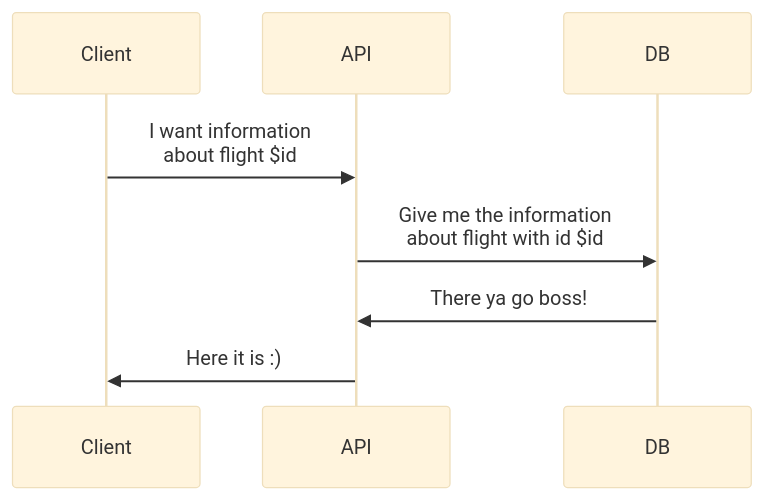
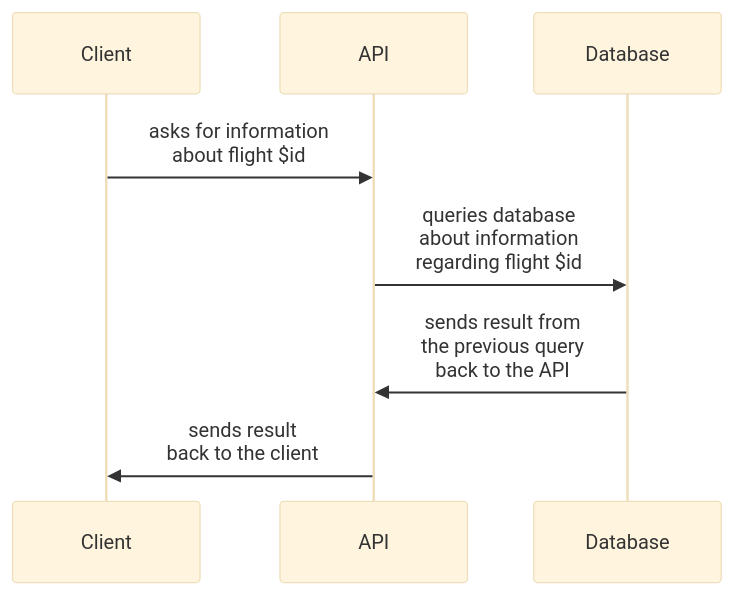
One commit to selous1/FlightsData changed the second of 4 diagrams in proj-information.md. Above: the diagram before and after it, drawn with Mermaid (base theme). The commit also changed other lines of this file and 2 other files, not shown here.

````diff
--- a/proj-information.md
+++ b/proj-information.md
@@ -50,7 +158,10 @@
 ```mermaid
+
 sequenceDiagram
-    Client->>API: I want information <br> about flight $id
-	API->>DB: Give me the information <br> about flight with id $id
-	DB->>API: There ya go boss!
-    API->>Client: Here it is :)
+
+  Client->>API: asks for information <br> about flight $id
+	API->>Database: queries database <br> about information <br> regarding flight $id
+	Database->>API: sends result from <br> the previous query <br> back to the API
+  API->>Client: sends result <br> back to the client
+
 ```
````
